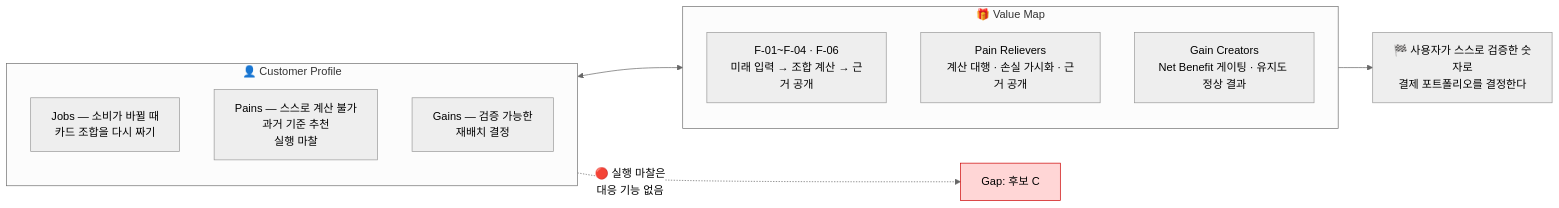
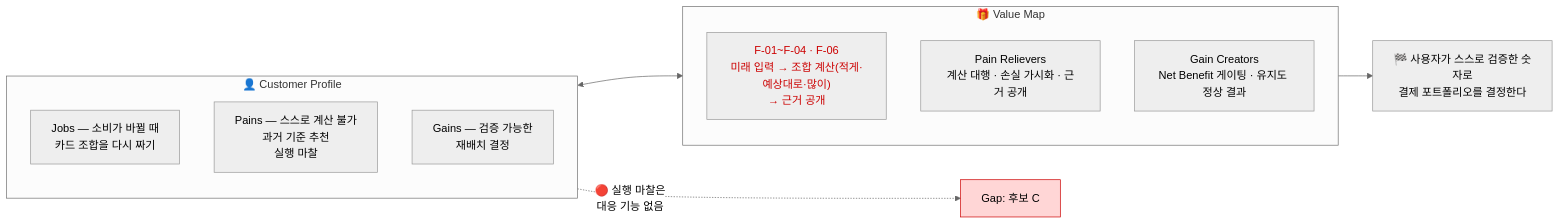
One commit to jennie-brain/team-project_2nd changed the diagram in 효진/확정본/08_Value_Proposition.md. Above: the diagram before and after it, drawn with Mermaid (neutral theme). The commit also changed 1 other file, not shown here.

Commit message:
확정본 11·08 수정 부분 리뷰용 빨간 글씨 표시(검토 후 되돌림 예정)

````diff
--- a/효진/확정본/08_Value_Proposition.md
+++ b/효진/확정본/08_Value_Proposition.md
@@ -13,19 +13,20 @@
 ```mermaid
 flowchart LR
     subgraph CP["👤 Customer Profile"]
         direction TB
         J["Jobs — 소비가 바뀔 때<br/>카드 조합을 다시 짜기"]
         P["Pains — 스스로 계산 불가<br/>과거 기준 추천<br/>실행 마찰"]
         G["Gains — 검증 가능한<br/>재배치 결정"]
     end
     subgraph VM["🎁 Value Map"]
         direction TB
-        S["F-01~F-04 · F-06<br/>미래 입력 → 조합 계산 → 근거 공개"]
+        S["F-01~F-04 · F-06<br/>미래 입력 → 조합 계산(적게·예상대로·많이)<br/>→ 근거 공개"]
         PR["Pain Relievers<br/>계산 대행 · 손실 가시화 · 근거 공개"]
         GC["Gain Creators<br/>Net Benefit 게이팅 · 유지도 정상 결과"]
     end
     CP <--> VM
     VM --> V["🏁 사용자가 스스로 검증한 숫자로<br/>결제 포트폴리오를 결정한다"]
     P -.->|"🔴 실행 마찰은<br/>대응 기능 없음"| GAP["Gap: 후보 C"]
     style GAP fill:#ffd6d6,stroke:#c00,color:#000
+    style S color:#c00
 ```
````
